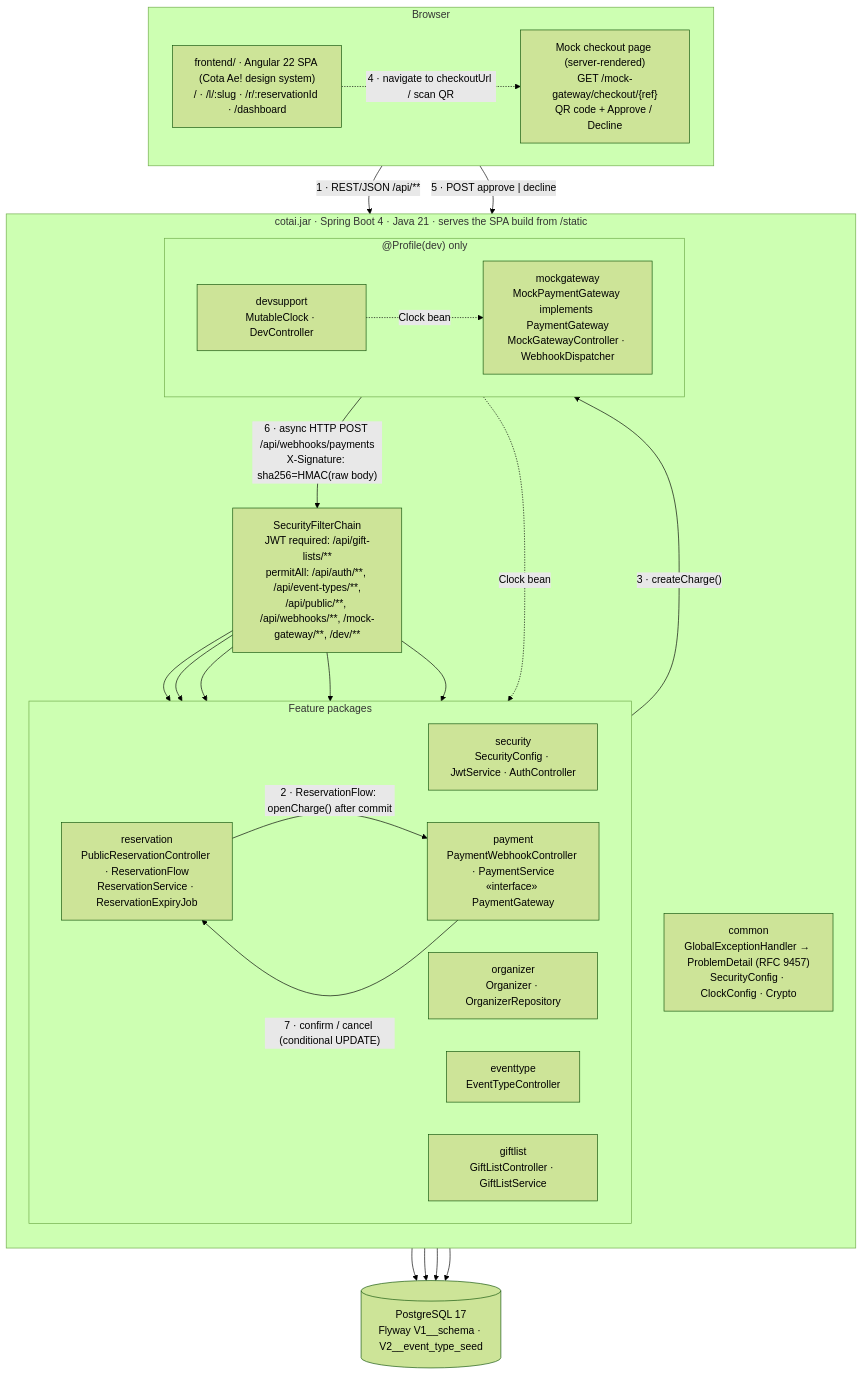
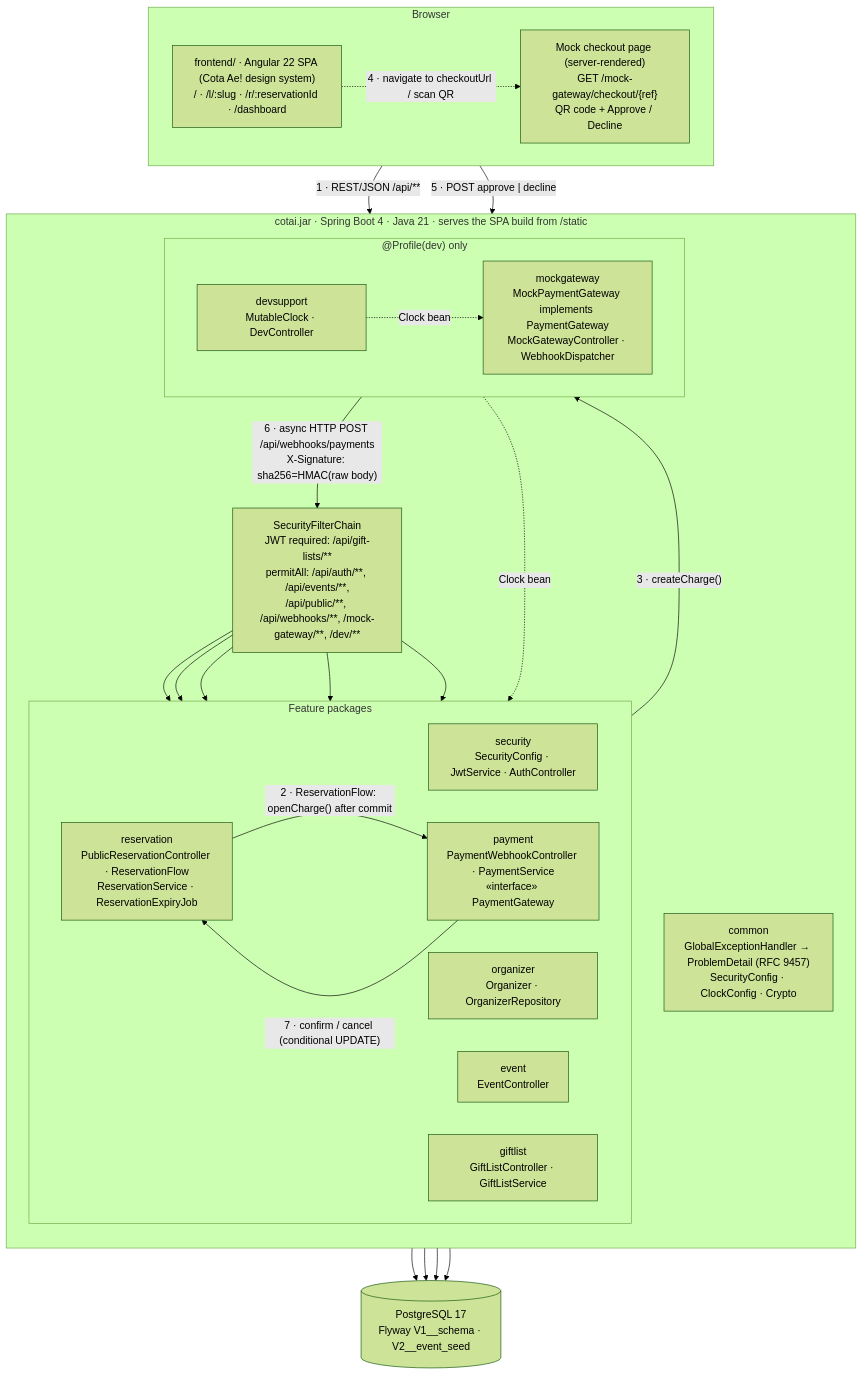
Before and after one commit to mpdrao/cotai: the first of 9 diagrams in docs/design/design-spec.md, drawn with Mermaid (forest theme). The commit also changed other lines of this file and 48 other files, not shown here.

First line of the commit message:
refactor(domain): sincroniza entidades com modelo de objetos Astah e remove TemplateItem e EventType

````diff
--- a/docs/design/design-spec.md
+++ b/docs/design/design-spec.md
@@ -104,42 +104,42 @@
 ```mermaid
 flowchart TB
   subgraph BROWSER["Browser"]
     direction LR
     SPA["frontend/ · Angular 22 SPA (Cota Ae! design system)<br/>/ · /l/:slug · /r/:reservationId · /dashboard"]
     CHK["Mock checkout page (server-rendered)<br/>GET /mock-gateway/checkout/{ref}<br/>QR code + Approve / Decline"]
   end
 
   subgraph JAR["cotai.jar · Spring Boot 4 · Java 21 · serves the SPA build from /static"]
     direction TB
-    SEC["SecurityFilterChain<br/>JWT required: /api/gift-lists/**<br/>permitAll: /api/auth/**, /api/event-types/**,<br/>/api/public/**, /api/webhooks/**, /mock-gateway/**, /dev/**"]
+    SEC["SecurityFilterChain<br/>JWT required: /api/gift-lists/**<br/>permitAll: /api/auth/**, /api/events/**,<br/>/api/public/**, /api/webhooks/**, /mock-gateway/**, /dev/**"]
     subgraph FEATURES["Feature packages"]
       direction LR
       SEC_PKG["security<br/>SecurityConfig · JwtService · AuthController"]
       ORG["organizer<br/>Organizer · OrganizerRepository"]
-      EVT["eventtype<br/>EventTypeController"]
+      EVT["event<br/>EventController"]
       GL["giftlist<br/>GiftListController · GiftListService"]
       RES["reservation<br/>PublicReservationController · ReservationFlow<br/>ReservationService · ReservationExpiryJob"]
       PAY["payment<br/>PaymentWebhookController · PaymentService<br/>«interface» PaymentGateway"]
     end
     subgraph DEV["@Profile(dev) only"]
       direction LR
       MOCK["mockgateway<br/>MockPaymentGateway implements PaymentGateway<br/>MockGatewayController · WebhookDispatcher"]
       CLK["devsupport<br/>MutableClock · DevController"]
     end
     ERR["common<br/>GlobalExceptionHandler → ProblemDetail (RFC 9457)<br/>SecurityConfig · ClockConfig · Crypto"]
   end
 
-  DB[("PostgreSQL 17<br/>Flyway V1__schema · V2__event_type_seed")]
+  DB[("PostgreSQL 17<br/>Flyway V1__schema · V2__event_seed")]
 
   SPA -- "1 · REST/JSON /api/**" --> SEC
   SEC --> ORG & EVT & GL & RES
   RES -- "2 · ReservationFlow: openCharge() after commit" --> PAY
   PAY -- "3 · createCharge()" --> MOCK
   SPA -. "4 · navigate to checkoutUrl / scan QR" .-> CHK
   CHK -- "5 · POST approve | decline" --> MOCK
   MOCK -- "6 · async HTTP POST /api/webhooks/payments<br/>X-Signature: sha256=HMAC(raw body)" --> SEC
   SEC --> PAY
   PAY -- "7 · confirm / cancel (conditional UPDATE)" --> RES
   ORG & GL & RES & PAY --> DB
   CLK -. "Clock bean" .-> RES & MOCK
 ```
````
